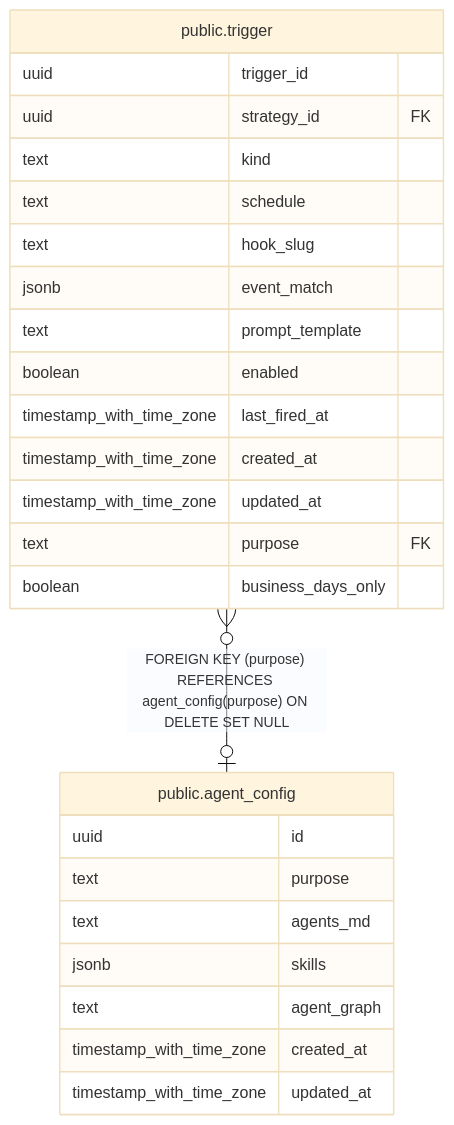
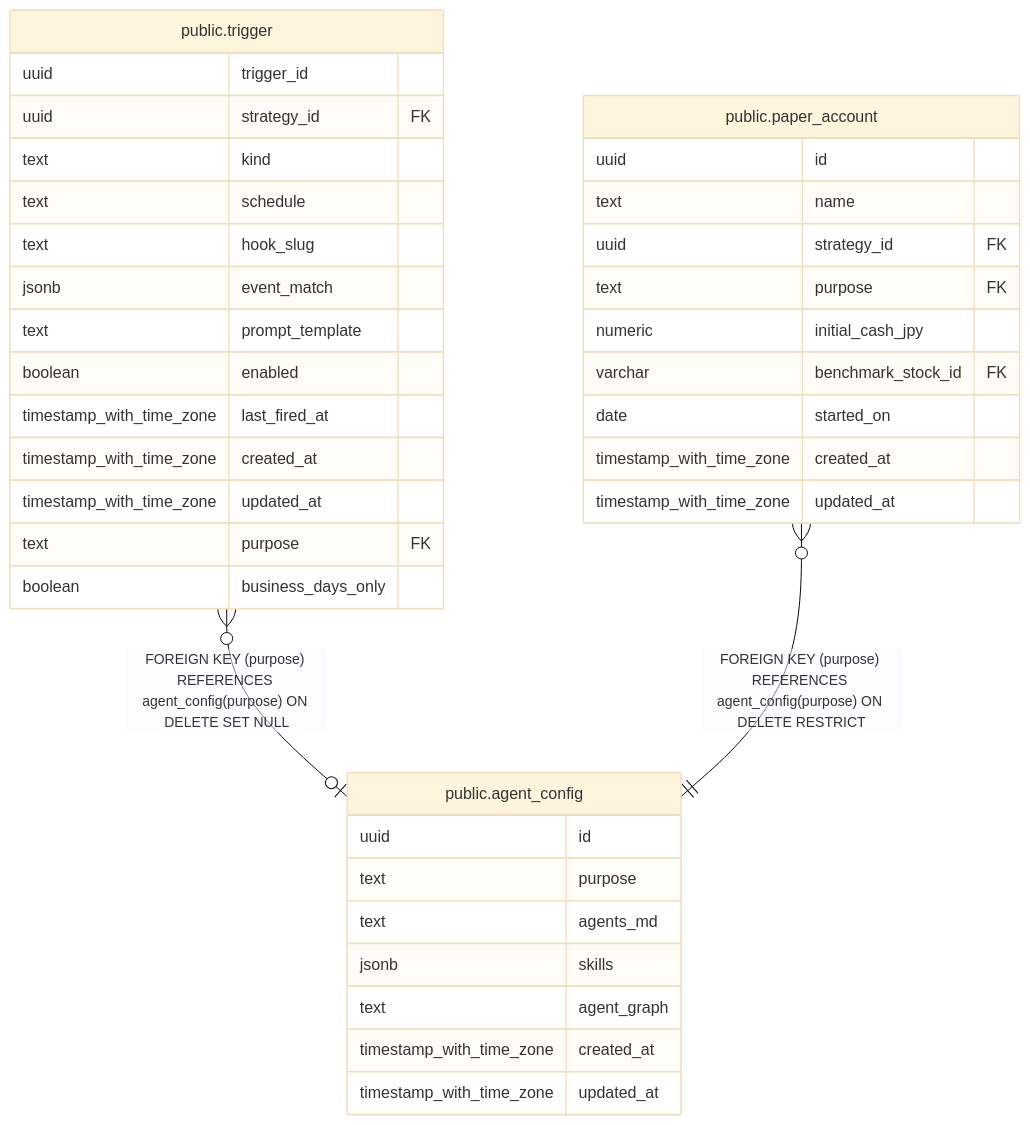
One commit to fohte/t-rader changed the diagram in backend/docs/db/public.agent_config.md. Above: the diagram before and after it, drawn with Mermaid (base theme). The commit also changed other lines of this file and 39 other files, not shown here.

````diff
--- a/backend/docs/db/public.agent_config.md
+++ b/backend/docs/db/public.agent_config.md
@@ -35,30 +35,42 @@
 ```mermaid
 erDiagram
 
 "public.trigger" }o--o| "public.agent_config" : "FOREIGN KEY (purpose) REFERENCES agent_config(purpose) ON DELETE SET NULL"
+"public.paper_account" }o--|| "public.agent_config" : "FOREIGN KEY (purpose) REFERENCES agent_config(purpose) ON DELETE RESTRICT"
 
 "public.agent_config" {
   uuid id
   text purpose
   text agents_md
   jsonb skills
   text agent_graph
   timestamp_with_time_zone created_at
   timestamp_with_time_zone updated_at
 }
 "public.trigger" {
   uuid trigger_id
   uuid strategy_id FK
   text kind
   text schedule
   text hook_slug
   jsonb event_match
   text prompt_template
   boolean enabled
   timestamp_with_time_zone last_fired_at
   timestamp_with_time_zone created_at
   timestamp_with_time_zone updated_at
   text purpose FK
   boolean business_days_only
 }
+"public.paper_account" {
+  uuid id
+  text name
+  uuid strategy_id FK
+  text purpose FK
+  numeric initial_cash_jpy
+  varchar benchmark_stock_id FK
+  date started_on
+  timestamp_with_time_zone created_at
+  timestamp_with_time_zone updated_at
+}
 ```
````
